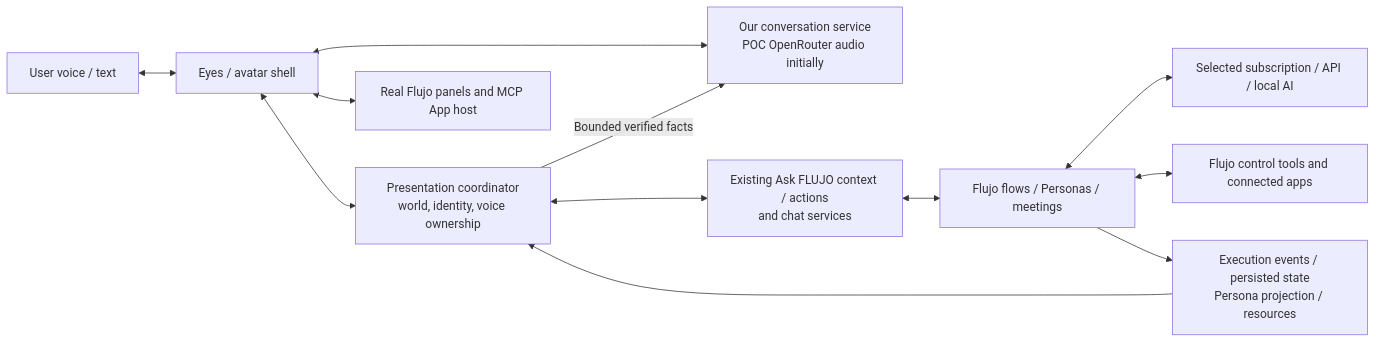
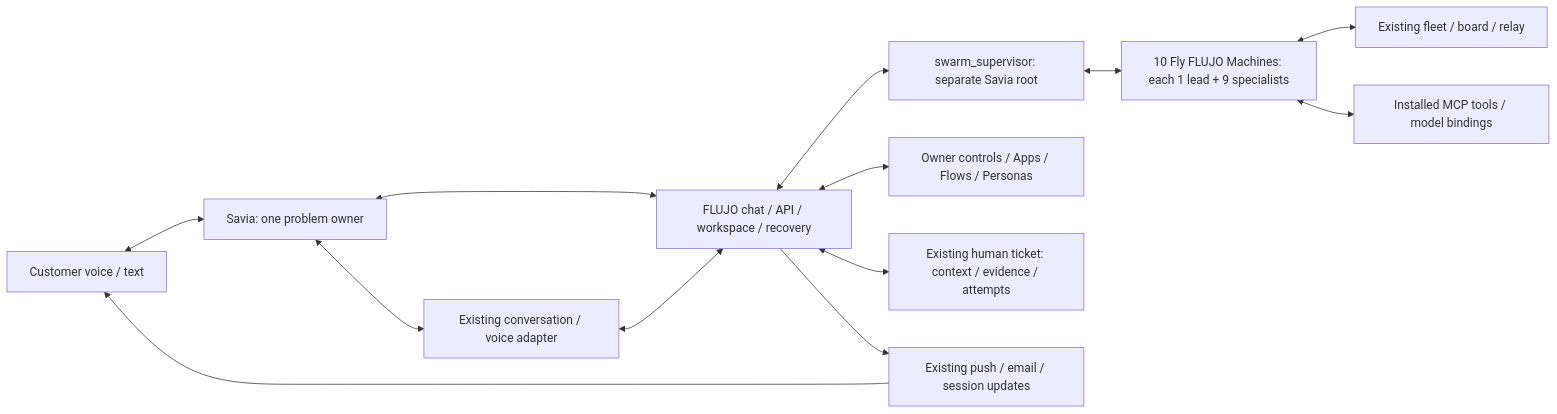
One commit to flujo-app/flujo-avatar changed the diagram in VISION.md. Above: the diagram before and after it, drawn with Mermaid. The commit also changed other lines of this file and 2 other files, not shown here.

Commit message:
docs: align Savia with recovered ten-machine swarm

````diff
--- a/VISION.md
+++ b/VISION.md
@@ -69,14 +75,15 @@
 ```mermaid
 flowchart LR
-    U[User voice / text] <--> A[Eyes / avatar shell]
-    A <--> V[Our conversation service\nPOC OpenRouter audio initially]
-    A <--> P[Presentation coordinator\nworld, identity, voice ownership]
-    P <--> C[Existing Ask FLUJO context / actions\nand chat services]
-    C <--> F[Flujo flows / Personas / meetings]
-    F <--> M[Selected subscription / API / local AI]
-    F <--> T[Flujo control tools and connected apps]
-    F --> E[Execution events / persisted state\nPersona projection / resources]
-    E --> P
-    P -->|Bounded verified facts| V
-    A <--> S[Real Flujo panels and MCP App host]
+    U[Customer voice / text] <--> S[Savia: one problem owner]
+    S <--> V[Existing conversation / voice adapter]
+    S <--> F[FLUJO chat / API / workspace / recovery]
+    V <--> F
+    F <--> R[swarm_supervisor: separate Savia root]
+    R <--> W[10 Fly FLUJO Machines: each 1 lead + 9 specialists]
+    W <--> B[Existing fleet / board / relay]
+    W <--> M[Installed MCP tools / model bindings]
+    F <--> P[Owner controls / Apps / Flows / Personas]
+    F <--> H[Existing human ticket: context / evidence / attempts]
+    F --> N[Existing push / email / session updates]
+    N --> U
 ```
````
